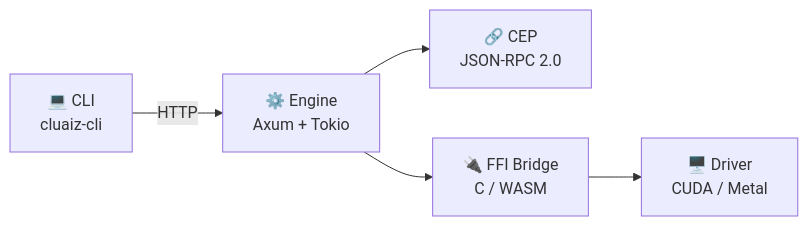
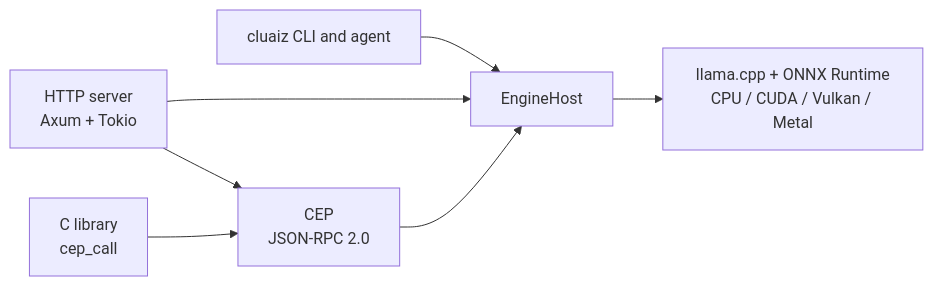
Before and after one commit to cluaiz/cluaiz: the diagram in docs/reference/index.md, drawn with Mermaid. The commit also changed other lines of this file and 28 other files, not shown here.

````diff
--- a/docs/reference/index.md
+++ b/docs/reference/index.md
@@ -27,13 +19,16 @@
 ```mermaid
 flowchart LR
-    CLI["💻 CLI\ncluaiz-cli"]
-    ENGINE["⚙️ Engine\nAxum + Tokio"]
-    CEP["🔗 CEP\nJSON-RPC 2.0"]
-    FFI["🔌 FFI Bridge\nC / WASM"]
-    DRIVER["🖥️ Driver\nCUDA / Metal"]
+    CLI["cluaiz CLI and agent"]
+    API["HTTP server<br/>Axum + Tokio"]
+    CEP["CEP<br/>JSON-RPC 2.0"]
+    LIB["C library<br/>cep_call"]
+    HOST["EngineHost"]
+    RT["llama.cpp + ONNX Runtime<br/>CPU / CUDA / Vulkan / Metal"]
 
-    CLI -->|"HTTP"| ENGINE
-    ENGINE --> CEP
-    ENGINE --> FFI
-    FFI --> DRIVER
+    CLI --> HOST
+    API --> CEP
+    LIB --> CEP
+    API --> HOST
+    CEP --> HOST
+    HOST --> RT
 ```
````
